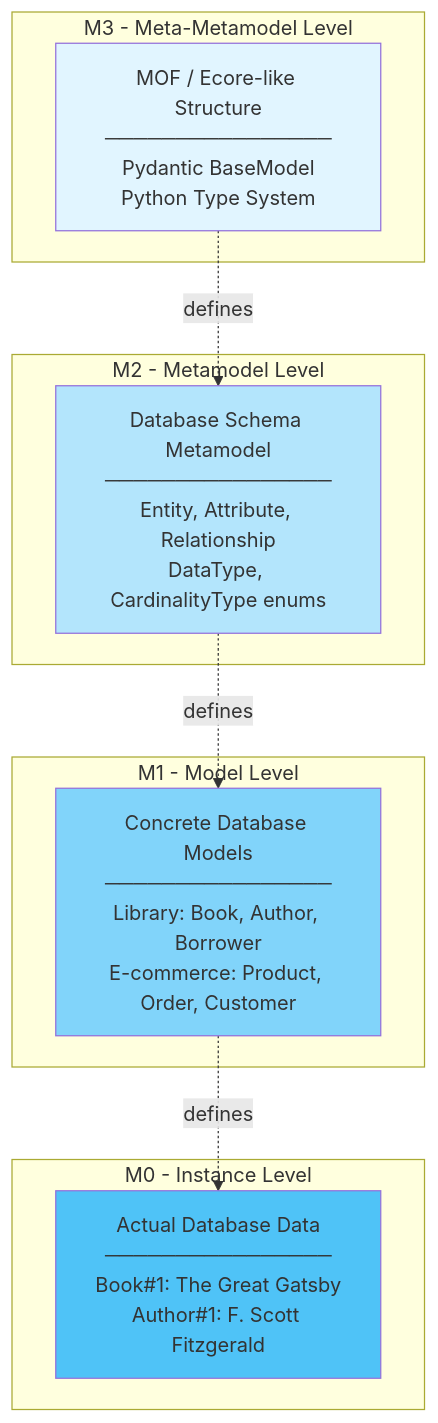
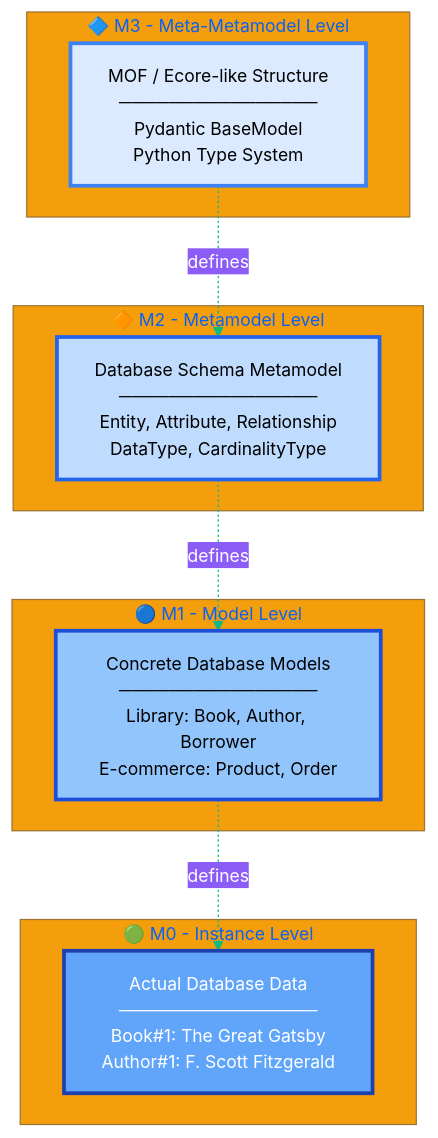
One commit to yousef-elgarch1/NL2SQL-Designer- changed the sixth of 10 diagrams in README.md. Above: the diagram before and after it, drawn with Mermaid. The commit also changed other lines of this file, not shown here.

````diff
--- a/README.md
+++ b/README.md
@@ -259,27 +508,28 @@
 ```mermaid
+%%{init: {'theme':'base', 'themeVariables': { 'primaryColor':'#3b82f6','primaryTextColor':'#fff','primaryBorderColor':'#2563eb','lineColor':'#10b981','secondaryColor':'#8b5cf6','tertiaryColor':'#f59e0b','background':'#1f2937','mainBkg':'#374151','secondBkg':'#4b5563','textColor':'#f3f4f6','fontSize':'14px'}}}%%
 graph TD
-    subgraph "M3 - Meta-Metamodel Level"
-        M3[MOF / Ecore-like Structure<br/>────────────────<br/>Pydantic BaseModel<br/>Python Type System]
+    subgraph "🔷 M3 - Meta-Metamodel Level"
+        M3["MOF / Ecore-like Structure<br/>────────────────<br/>Pydantic BaseModel<br/>Python Type System"]
     end
 
-    subgraph "M2 - Metamodel Level"
-        M2[Database Schema Metamodel<br/>────────────────<br/>Entity, Attribute, Relationship<br/>DataType, CardinalityType enums]
+    subgraph "🔶 M2 - Metamodel Level"
+        M2["Database Schema Metamodel<br/>────────────────<br/>Entity, Attribute, Relationship<br/>DataType, CardinalityType"]
     end
 
-    subgraph "M1 - Model Level"
-        M1[Concrete Database Models<br/>────────────────<br/>Library: Book, Author, Borrower<br/>E-commerce: Product, Order, Customer]
+    subgraph "🔵 M1 - Model Level"
+        M1["Concrete Database Models<br/>────────────────<br/>Library: Book, Author, Borrower<br/>E-commerce: Product, Order"]
     end
 
-    subgraph "M0 - Instance Level"
-        M0[Actual Database Data<br/>────────────────<br/>Book#1: The Great Gatsby<br/>Author#1: F. Scott Fitzgerald]
+    subgraph "🟢 M0 - Instance Level"
+        M0["Actual Database Data<br/>────────────────<br/>Book#1: The Great Gatsby<br/>Author#1: F. Scott Fitzgerald"]
     end
 
     M3 -.defines.-> M2
     M2 -.defines.-> M1
     M1 -.defines.-> M0
 
-    style M3 fill:#e1f5ff
-    style M2 fill:#b3e5fc
-    style M1 fill:#81d4fa
-    style M0 fill:#4fc3f7
+    style M3 fill:#dbeafe,stroke:#3b82f6,stroke-width:3px,color:#000
+    style M2 fill:#bfdbfe,stroke:#2563eb,stroke-width:3px,color:#000
+    style M1 fill:#93c5fd,stroke:#1d4ed8,stroke-width:3px,color:#000
+    style M0 fill:#60a5fa,stroke:#1e40af,stroke-width:3px,color:#fff
 ```
````
